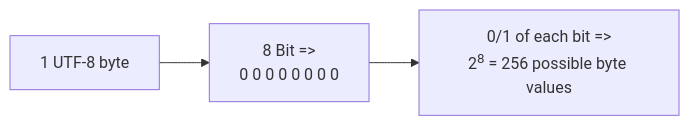
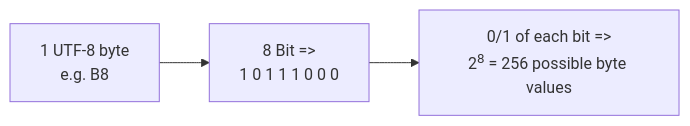
The third of 3 diagrams in README.md (ChrisZhu2050/chriszhu2050.github.io), drawn with Mermaid before and after one commit.

````diff
--- a/README.md
+++ b/README.md
@@ -60,6 +60,7 @@
         ```mermaid
           graph LR
-              A["`1 UTF-8 byte`"] --> B["8 Bit => 
-              0 0 0 0 0 0 0 0 "] --> C["`0/1 of each bit =>
+              A["`1 UTF-8 byte
+              e.g. B8`"] --> B["8 Bit => 
+              1 0 1 1 1 0 0 0"] --> C["`0/1 of each bit =>
               2<sup>8</sup> = 256 possible byte values`"]
         ```
````
